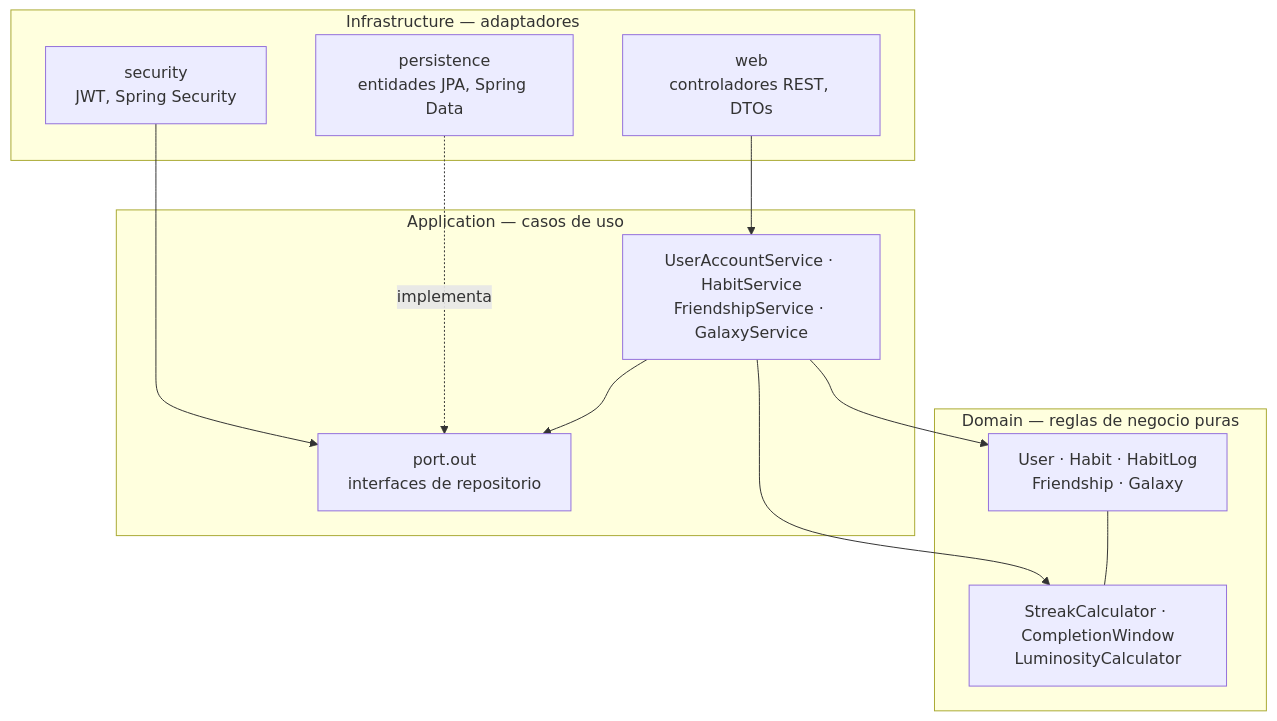
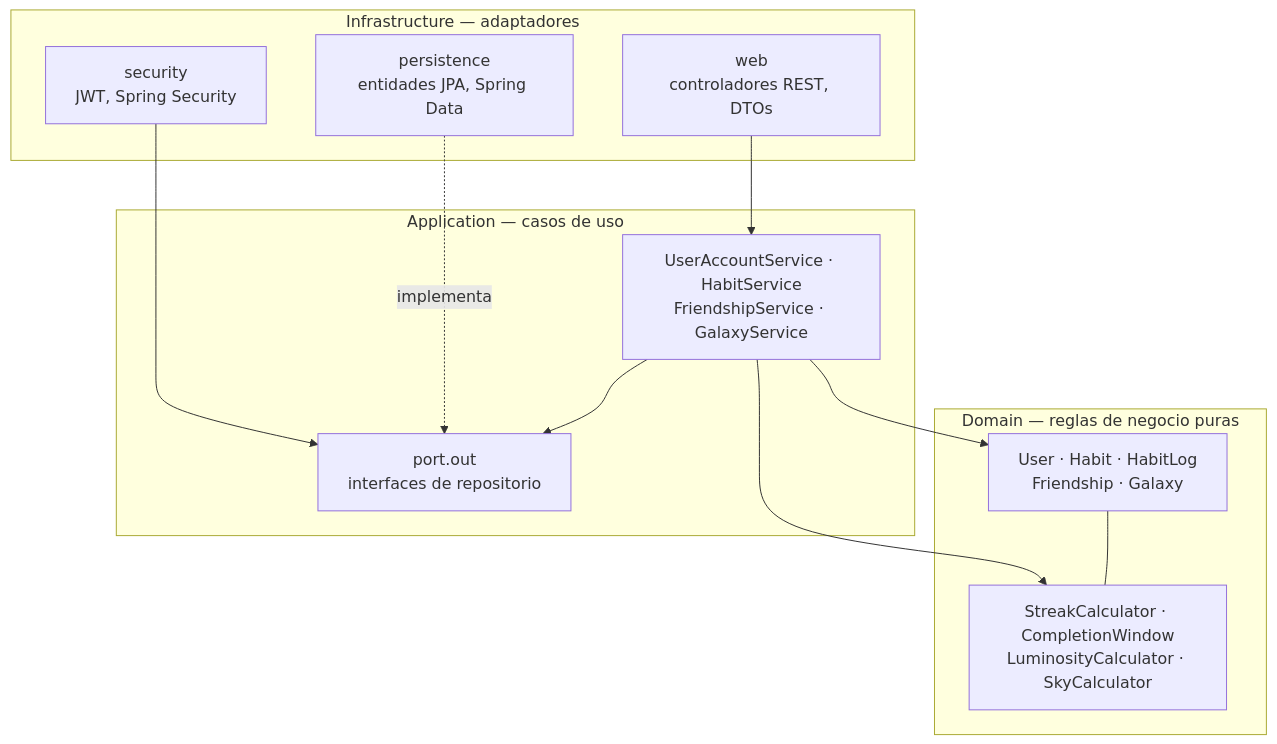
Before and after one commit to BecerraHector/habit-constellations-backend: the first of 2 diagrams in README.md, drawn with Mermaid. The commit also changed other lines of this file, not shown here.

````diff
--- a/README.md
+++ b/README.md
@@ -54,26 +54,26 @@
 ```mermaid
 graph TD
     subgraph Infrastructure["Infrastructure — adaptadores"]
         Web["web<br/>controladores REST, DTOs"]
         Sec["security<br/>JWT, Spring Security"]
         Persist["persistence<br/>entidades JPA, Spring Data"]
     end
 
     subgraph Application["Application — casos de uso"]
         Services["UserAccountService · HabitService<br/>FriendshipService · GalaxyService"]
         Ports["port.out<br/>interfaces de repositorio"]
     end
 
     subgraph Domain["Domain — reglas de negocio puras"]
         Model["User · Habit · HabitLog<br/>Friendship · Galaxy"]
-        Engine["StreakCalculator · CompletionWindow<br/>LuminosityCalculator"]
+        Engine["StreakCalculator · CompletionWindow<br/>LuminosityCalculator · SkyCalculator"]
     end
 
     Web --> Services
     Sec --> Ports
     Persist -.implementa.-> Ports
     Services --> Ports
     Services --> Model
     Services --> Engine
     Model --- Engine
 ```
````
